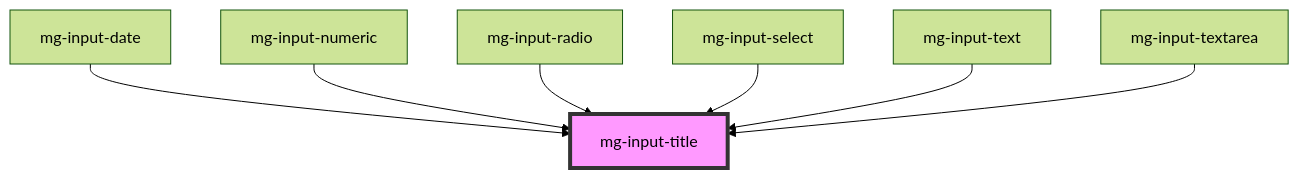
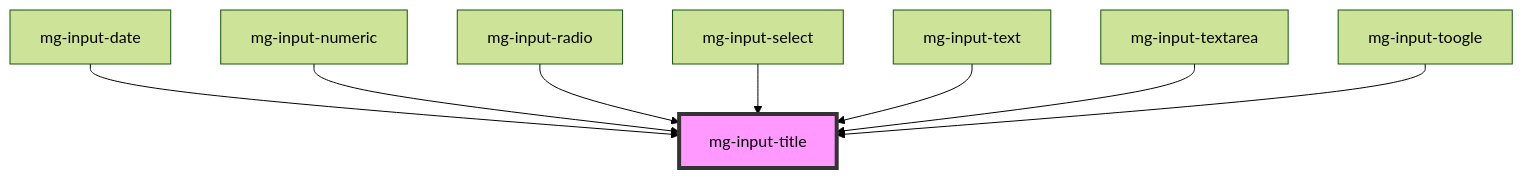
The diagram in src/components/atoms/mg-input-title/readme.md (MGDIS/mg-components), drawn with Mermaid (forest theme) before and after one commit. The commit also changed other lines of this file and 14 other files, not shown here.

First line of the commit message:
feat(mgToogle): add mg-input-toogle component

````diff
--- a/src/components/atoms/mg-input-title/readme.md
+++ b/src/components/atoms/mg-input-title/readme.md
@@ -27,10 +28,11 @@
 ```mermaid
 graph TD;
   mg-input-date --> mg-input-title
   mg-input-numeric --> mg-input-title
   mg-input-radio --> mg-input-title
   mg-input-select --> mg-input-title
   mg-input-text --> mg-input-title
   mg-input-textarea --> mg-input-title
+  mg-input-toogle --> mg-input-title
   style mg-input-title fill:#f9f,stroke:#333,stroke-width:4px
 ```
````
